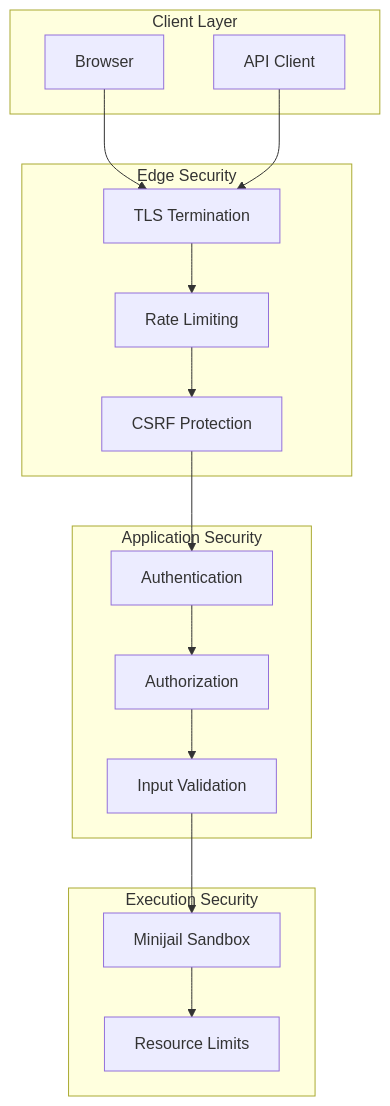
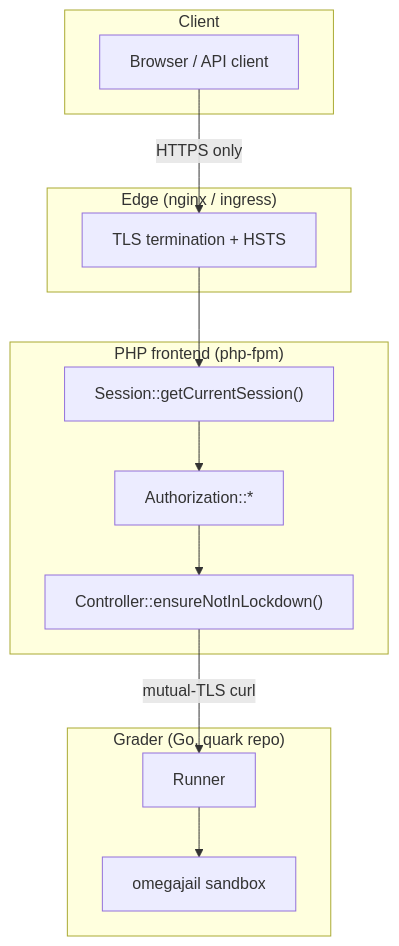
One commit to omegaup/documentation changed the first of 2 diagrams in docs/en/architecture/security.md. Above: the diagram before and after it, drawn with Mermaid. The commit also changed other lines of this file and 5 other files, not shown here.

First line of the commit message:
docs(architecture): add code-grounded backend, DB schema, gitserver, broadcaster, infra, security

````diff
--- a/docs/en/architecture/security.md
+++ b/docs/en/architecture/security.md
@@ -13,34 +27,24 @@
 ```mermaid
 flowchart TB
-    subgraph "Client Layer"
-        Browser[Browser]
-        API[API Client]
+    subgraph Client["Client"]
+        Browser[Browser / API client]
     end
-    
-    subgraph "Edge Security"
-        TLS[TLS Termination]
-        Rate[Rate Limiting]
-        CSRF[CSRF Protection]
+    subgraph Edge["Edge (nginx / ingress)"]
+        TLS[TLS termination + HSTS]
     end
-    
-    subgraph "Application Security"
-        Auth[Authentication]
-        Authz[Authorization]
-        Valid[Input Validation]
+    subgraph App["PHP frontend (php-fpm)"]
+        Auth["Session::getCurrentSession()"]
+        Authz["Authorization::*"]
+        Lockdown["Controller::ensureNotInLockdown()"]
     end
-    
-    subgraph "Execution Security"
-        Sandbox[Minijail Sandbox]
-        Limits[Resource Limits]
+    subgraph Grader["Grader (Go, quark repo)"]
+        Runner[Runner]
+        Sandbox["omegajail sandbox"]
     end
-    
-    Browser --> TLS
-    API --> TLS
-    TLS --> Rate
-    Rate --> CSRF
-    CSRF --> Auth
+    Browser -->|HTTPS only| TLS
+    TLS --> Auth
     Auth --> Authz
-    Authz --> Valid
-    Valid --> Sandbox
-    Sandbox --> Limits
+    Authz --> Lockdown
+    Lockdown -->|mutual-TLS curl| Runner
+    Runner --> Sandbox
 ```
````
